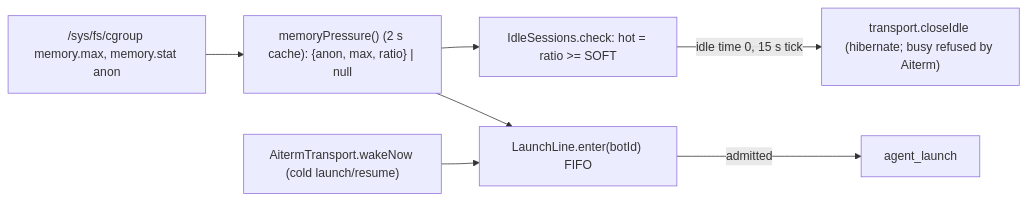
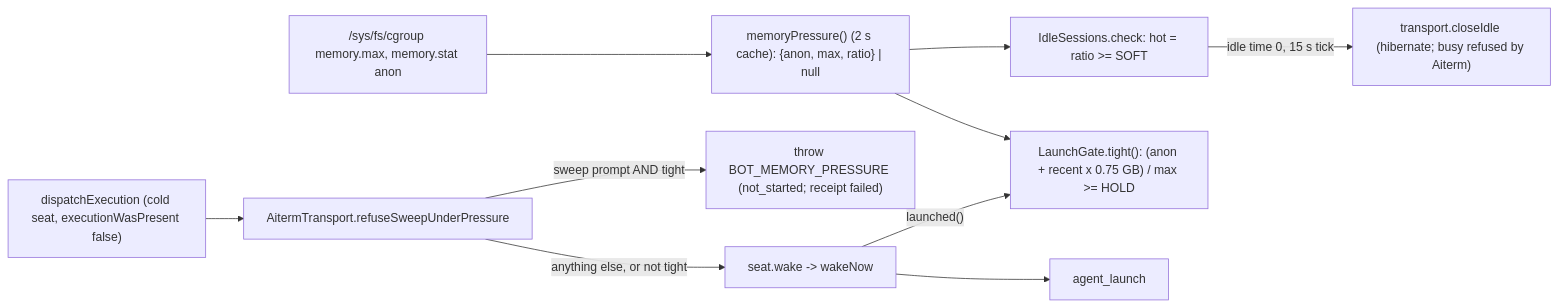
One commit to kitepon/BellTeam changed the diagram in docs/architecture/modules/execution/memory-budget.md. Above: the diagram before and after it, drawn with Mermaid. The commit also changed other lines of this file and 9 other files, not shown here.

First line of the commit message:
a505c: refuse a Lattice sweep prompt that would start a cold seat while memory is full; remove the launch line

````diff
--- a/docs/architecture/modules/execution/memory-budget.md
+++ b/docs/architecture/modules/execution/memory-budget.md
@@ -16,9 +17,12 @@
 ```mermaid
 flowchart LR
   CG["/sys/fs/cgroup memory.max, memory.stat anon"] --> MP["memoryPressure() (2 s cache): {anon, max, ratio} | null"]
   MP --> IS["IdleSessions.check: hot = ratio >= SOFT"]
   IS -->|"idle time 0, 15 s tick"| CI["transport.closeIdle (hibernate; busy refused by Aiterm)"]
-  MP --> LL["LaunchLine.enter(botId) FIFO"]
-  WN["AitermTransport.wakeNow (cold launch/resume)"] --> LL
-  LL -->|"admitted"| AL["agent_launch"]
+  MP --> LG["LaunchGate.tight(): (anon + recent x 0.75 GB) / max >= HOLD"]
+  DE["dispatchExecution (cold seat, executionWasPresent false)"] --> RS["AitermTransport.refuseSweepUnderPressure"]
+  RS -->|"sweep prompt AND tight"| RF["throw BOT_MEMORY_PRESSURE (not_started; receipt failed)"]
+  RS -->|"anything else, or not tight"| WK["seat.wake -> wakeNow"]
+  WK -->|"launched()"| LG
+  WK --> AL["agent_launch"]
 ```
````
